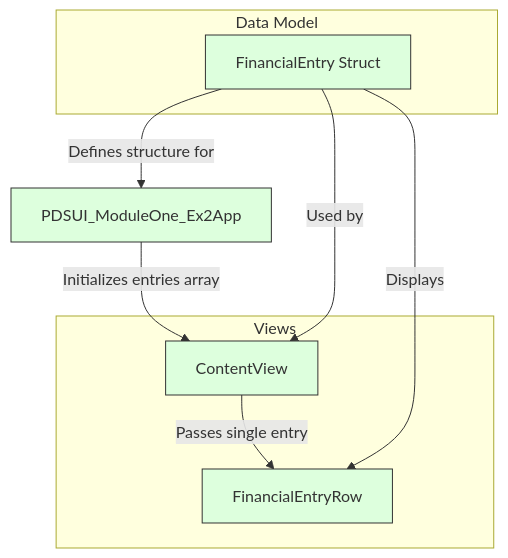
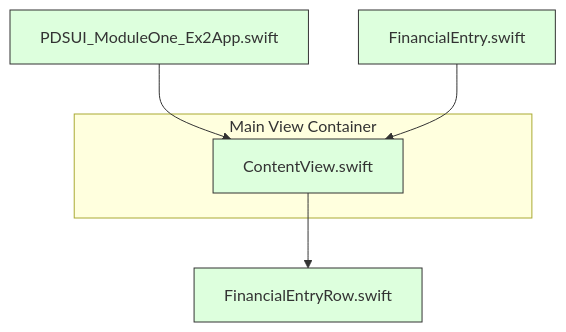
The first of 2 diagrams in Kodeco/PassingDataInSwiftUI/Mod1_Ex2B/readme.md (AnchorageBot/SwiftProjects), drawn with Mermaid before and after one commit.

````diff
--- a/Kodeco/PassingDataInSwiftUI/Mod1_Ex2B/readme.md
+++ b/Kodeco/PassingDataInSwiftUI/Mod1_Ex2B/readme.md
@@ -13,23 +13,15 @@
  ```mermaid
 flowchart TD
-    A[PDSUI_ModuleOne_Ex2App] -->|Initializes entries array| B[ContentView]
-    B -->|Passes single entry| C[FinancialEntryRow]
+    A[PDSUI_ModuleOne_Ex2App.swift] --> B[ContentView.swift]
+    C[FinancialEntry.swift] --> B
+    B --> D[FinancialEntryRow.swift]
     
-    subgraph Data Model
-    D[FinancialEntry Struct]
+    subgraph Main View Container
+    B
     end
-    
-    subgraph Views
-    B
-    C
-    end
-    
-    D -->|Defines structure for| A
-    D -->|Used by| B
-    D -->|Displays| C
     
     style A fill:#dfd,stroke:#333
     style B fill:#dfd,stroke:#333
     style C fill:#dfd,stroke:#333
     style D fill:#dfd,stroke:#333
 ```
````
